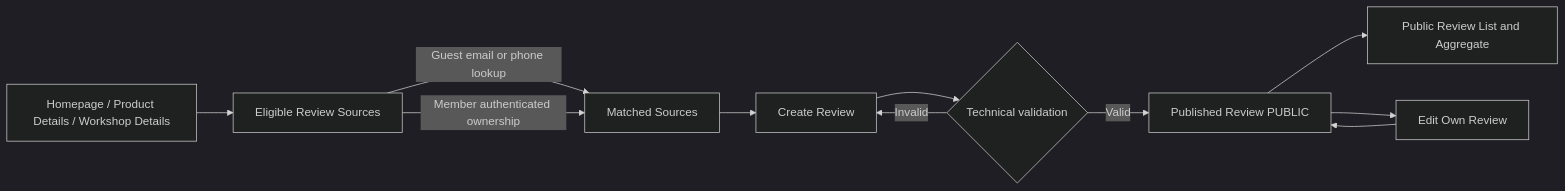
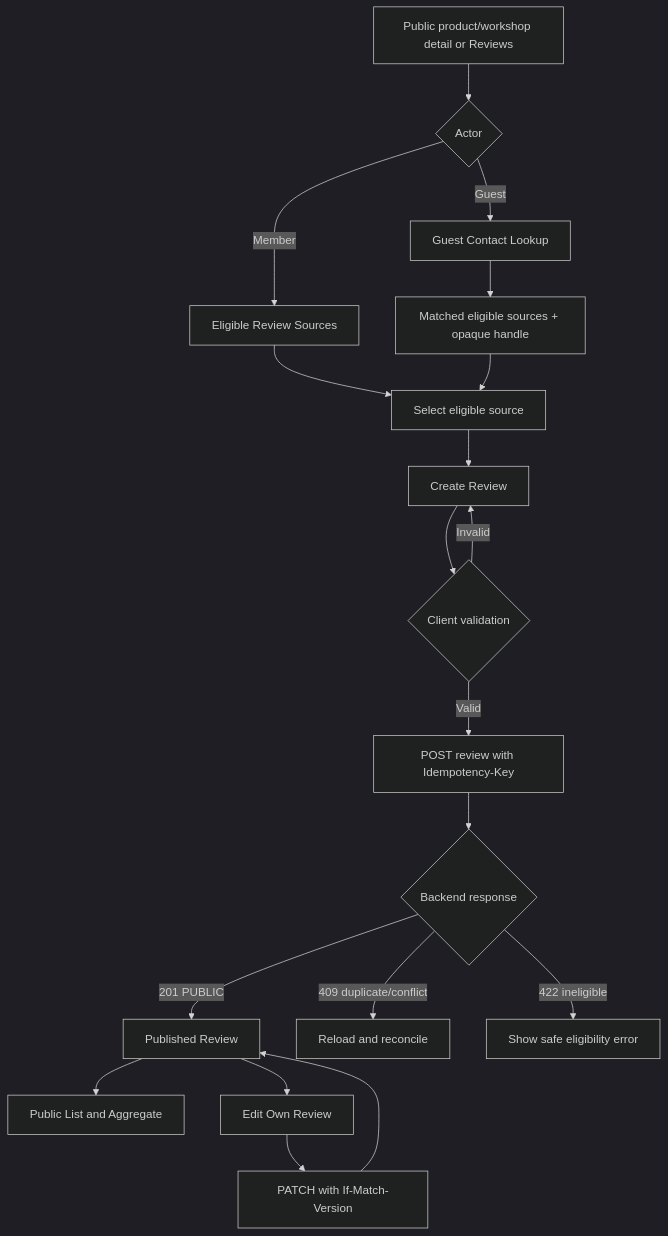
One commit to quoc-ca/mland-operations-hub changed the first of 2 diagrams in ppswbs-spec/features/011-review-management/design/ui-flow.md. Above: the diagram before and after it, drawn with Mermaid (dark theme). The commit also changed other lines of this file and 19 other files, not shown here.

````diff
--- a/ppswbs-spec/features/011-review-management/design/ui-flow.md
+++ b/ppswbs-spec/features/011-review-management/design/ui-flow.md
@@ -10,13 +28,21 @@
 ```mermaid
-flowchart LR
-  A[Homepage / Product Details / Workshop Details] --> B[Eligible Review Sources]
-  B -->|Guest email or phone lookup| C[Matched Sources]
-  B -->|Member authenticated ownership| C
-  C --> D[Create Review]
-  D --> E{Technical validation}
-  E -->|Valid| F[Published Review PUBLIC]
-  E -->|Invalid| D
-  F --> G[Public Review List and Aggregate]
-  F --> H[Edit Own Review]
-  H --> F
+flowchart TD
+  A[Public product/workshop detail or Reviews] --> B{Actor}
+  B -->|Guest| C[Guest Contact Lookup]
+  B -->|Member| D[Eligible Review Sources]
+  C --> E[Matched eligible sources + opaque handle]
+  D --> F[Select eligible source]
+  E --> F
+  F --> G[Create Review]
+  G --> H{Client validation}
+  H -->|Invalid| G
+  H -->|Valid| I[POST review with Idempotency-Key]
+  I --> J{Backend response}
+  J -->|201 PUBLIC| K[Published Review]
+  J -->|409 duplicate/conflict| L[Reload and reconcile]
+  J -->|422 ineligible| M[Show safe eligibility error]
+  K --> N[Public List and Aggregate]
+  K --> O[Edit Own Review]
+  O --> P[PATCH with If-Match-Version]
+  P --> K
 ```
````
